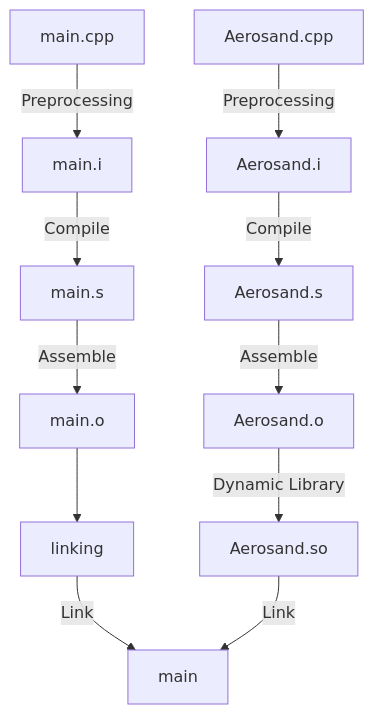
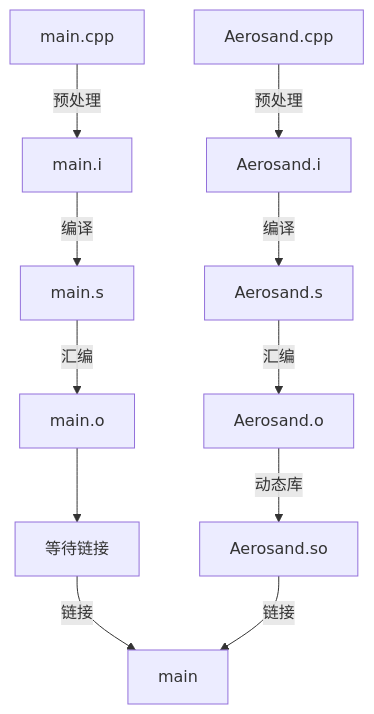
Before and after one commit to Aerosand/aerosand.github.io: the second of 2 diagrams in content/ofs/ofsp/02_helloWorld.md, drawn with Mermaid. The commit also changed other lines of this file and 8 other files, not shown here.

````diff
--- a/content/ofs/ofsp/02_helloWorld.md
+++ b/content/ofs/ofsp/02_helloWorld.md
@@ -355,11 +356,11 @@
 ```mermaid
 flowchart TD
 
-main.cpp -->|Preprocessing| main.i -->|Compile| main.s -->|Assemble| main.o --> linking
-Aerosand.cpp -->|Preprocessing| Aerosand.i -->|Compile| Aerosand.s 
--->|Assemble| Aerosand.o -->|Dynamic Library| Aerosand.so
+main.cpp -->|预处理| main.i -->|编译| main.s -->|汇编| main.o --> 等待链接
+Aerosand.cpp -->|预处理| Aerosand.i -->|编译| Aerosand.s 
+-->|汇编| Aerosand.o -->|动态库| Aerosand.so
 
-linking -->|Link| main
-Aerosand.so -->|Link| main
+等待链接 -->|链接| main
+Aerosand.so -->|链接| main
 
 ```
````
